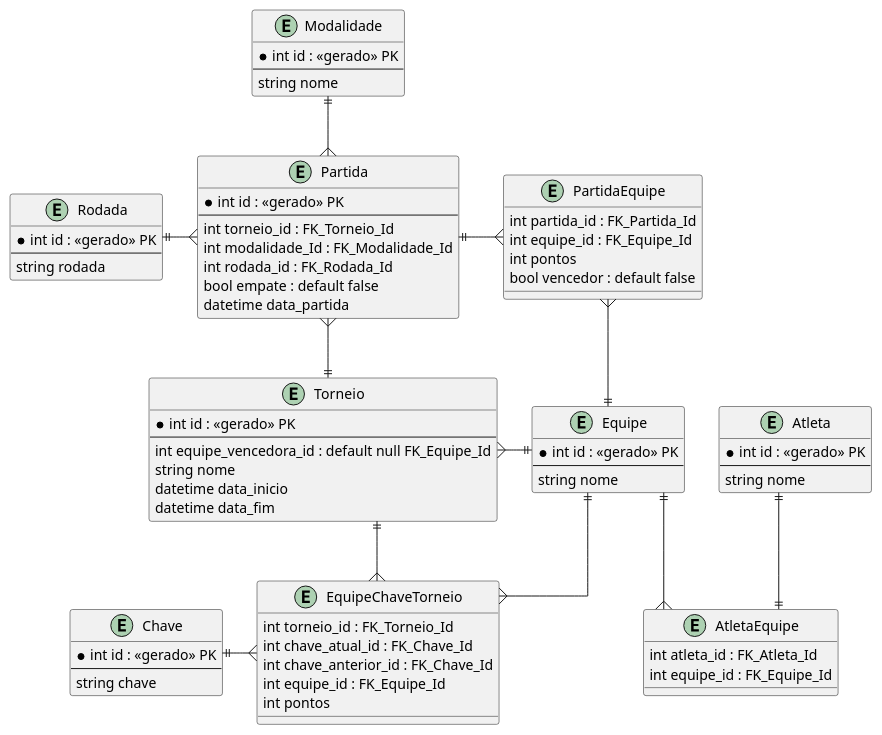
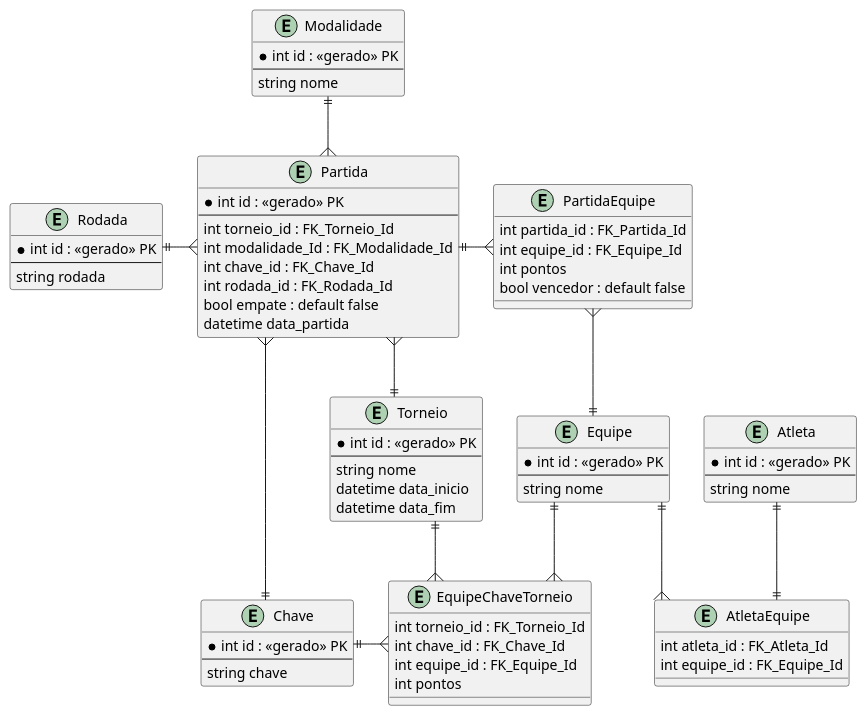
The diagram in Exercícios/Torneio/Torneio.wsd (maats01/bancodedadosII), drawn with PlantUML before and after one commit. The commit also changed 9 other files, not shown here.

```diff
--- a/Exercícios/Torneio/Torneio.wsd
+++ b/Exercícios/Torneio/Torneio.wsd
@@ -1,74 +1,72 @@
 @startuml Torneio
 skinparam Linetype ortho
 entity Torneio{
     * int id : <<gerado>> PK
     ---
-    int equipe_vencedora_id : default null FK_Equipe_Id
     string nome
     datetime data_inicio
     datetime data_fim
 }
 entity Atleta{
     * int id : <<gerado>> PK
     ---
     string nome
 }
 entity Equipe{
     * int id : <<gerado>> PK
     ---
     string nome
 }
 entity AtletaEquipe{
     int atleta_id : FK_Atleta_Id
     int equipe_id : FK_Equipe_Id
 }
 entity Modalidade{
     * int id : <<gerado>> PK
     ---
     string nome
 }
 entity Rodada{
     * int id : <<gerado>> PK
     ---
     string rodada
 }
 entity Partida{
     * int id : <<gerado>> PK
     ---
     int torneio_id : FK_Torneio_Id
     int modalidade_Id : FK_Modalidade_Id
+    int chave_id : FK_Chave_Id
     int rodada_id : FK_Rodada_Id
     bool empate : default false
     datetime data_partida
 }
 entity PartidaEquipe{
     int partida_id : FK_Partida_Id
     int equipe_id : FK_Equipe_Id
     int pontos
     bool vencedor : default false
 }
 entity Chave{
     * int id : <<gerado>> PK
     ---
     string chave
 }
 entity EquipeChaveTorneio{
     int torneio_id : FK_Torneio_Id
-    int chave_atual_id : FK_Chave_Id
-    int chave_anterior_id : FK_Chave_Id
+    int chave_id : FK_Chave_Id
     int equipe_id : FK_Equipe_Id
     int pontos
 }
 Atleta ||--|| AtletaEquipe
 Equipe ||--{ AtletaEquipe
 Modalidade ||--{ Partida
 Rodada ||-right-{ Partida
 Torneio ||-up-{ Partida
-Equipe ||-left-{ Torneio
 Torneio ||--{ EquipeChaveTorneio
 Chave ||-right-{ EquipeChaveTorneio
+Chave ||-up-{ Partida
 Equipe ||--{ EquipeChaveTorneio
-
 Partida ||-right-{ PartidaEquipe
 Equipe ||-up-{ PartidaEquipe
 @enduml
```
